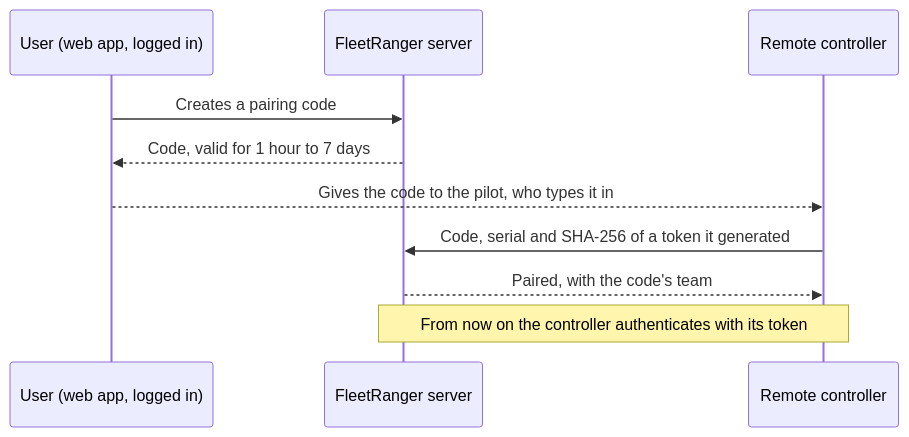
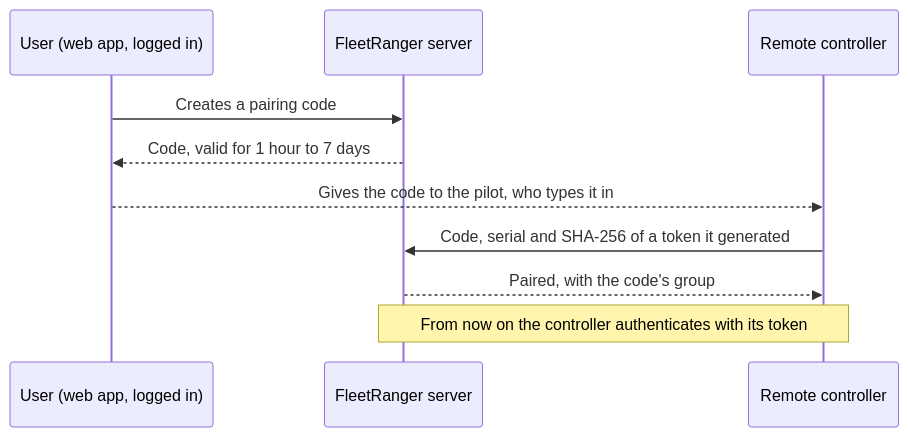
Before and after one commit to bartslinger/FleetRanger: the second of 3 diagrams in docs/security.md, drawn with Mermaid. The commit also changed other lines of this file and 3 other files, not shown here.

````diff
--- a/docs/security.md
+++ b/docs/security.md
@@ -52,12 +52,12 @@
 ```mermaid
 sequenceDiagram
     participant U as User (web app, logged in)
     participant S as FleetRanger server
     participant RC as Remote controller
     U->>S: Creates a pairing code
     S-->>U: Code, valid for 1 hour to 7 days
     U-->>RC: Gives the code to the pilot, who types it in
     RC->>S: Code, serial and SHA-256 of a token it generated
-    S-->>RC: Paired, with the code's team
+    S-->>RC: Paired, with the code's group
     Note over RC,S: From now on the controller authenticates with its token
 ```
````
